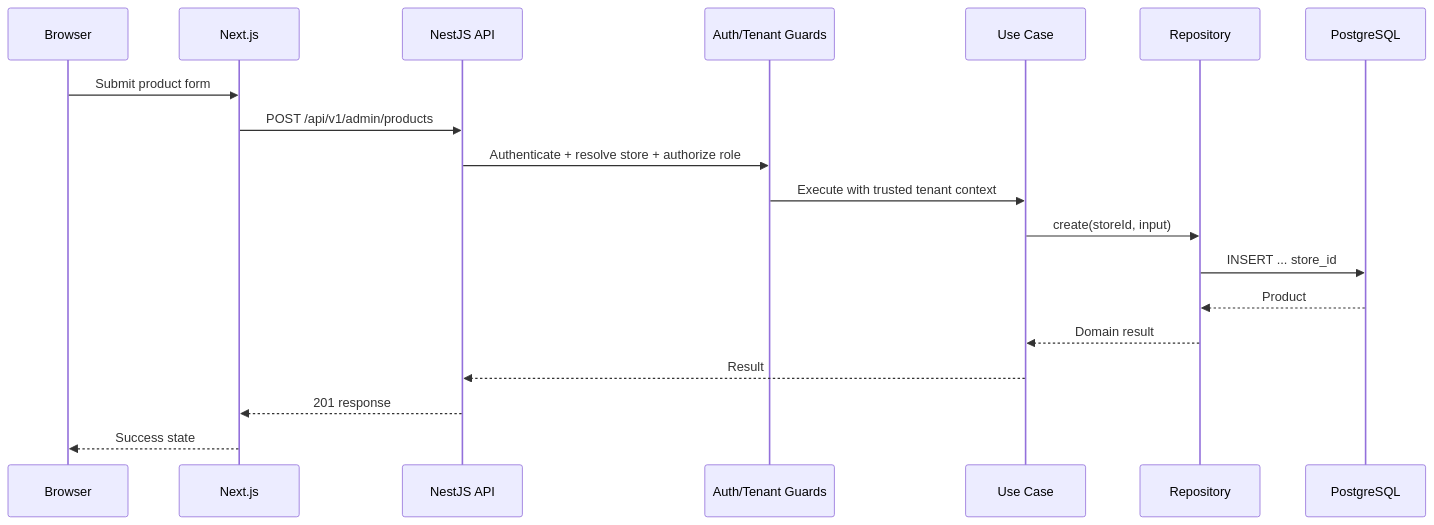
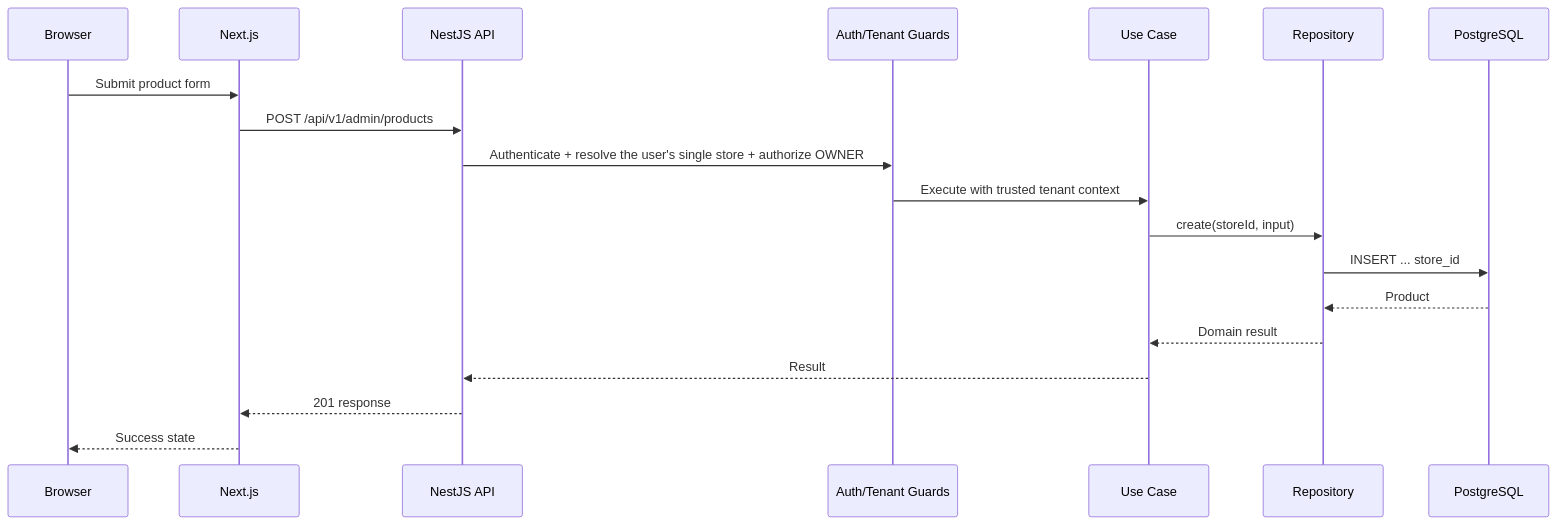
The third of 4 diagrams in docs/03-SYSTEM-ARCHITECTURE.md (nguyenhuy238/Home-Hub), drawn with Mermaid before and after one commit. The commit also changed other lines of this file and 21 other files, not shown here.

````diff
--- a/docs/03-SYSTEM-ARCHITECTURE.md
+++ b/docs/03-SYSTEM-ARCHITECTURE.md
@@ -66,22 +69,22 @@
 ```mermaid
 sequenceDiagram
     participant B as Browser
     participant W as Next.js
     participant A as NestJS API
     participant G as Auth/Tenant Guards
     participant U as Use Case
     participant R as Repository
     participant D as PostgreSQL
 
     B->>W: Submit product form
     W->>A: POST /api/v1/admin/products
-    A->>G: Authenticate + resolve store + authorize role
+    A->>G: Authenticate + resolve the user's single store + authorize OWNER
     G->>U: Execute with trusted tenant context
     U->>R: create(storeId, input)
     R->>D: INSERT ... store_id
     D-->>R: Product
     R-->>U: Domain result
     U-->>A: Result
     A-->>W: 201 response
     W-->>B: Success state
 ```
````
